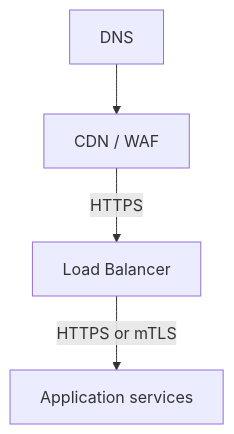
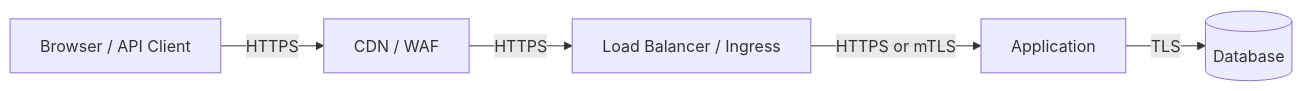
One commit to AvadhBhalodiya/Interview-Preparation changed the fourth of 5 diagrams in src/content/security/https-tls-basics.md. Above: the diagram before and after it, drawn with Mermaid. The commit also changed other lines of this file and 54 other files, not shown here.

````diff
--- a/src/content/security/https-tls-basics.md
+++ b/src/content/security/https-tls-basics.md
@@ -1040,6 +248,7 @@
 ```mermaid
-flowchart TD
-    A[DNS] --> B["CDN / WAF"]
-    B -->|HTTPS| C[Load Balancer]
-    C -->|HTTPS or mTLS| D[Application services]
+flowchart LR
+    U[Browser / API Client] -->|HTTPS| C[CDN / WAF]
+    C -->|HTTPS| L[Load Balancer / Ingress]
+    L -->|HTTPS or mTLS| A[Application]
+    A -->|TLS| D[(Database)]
 ```
````
